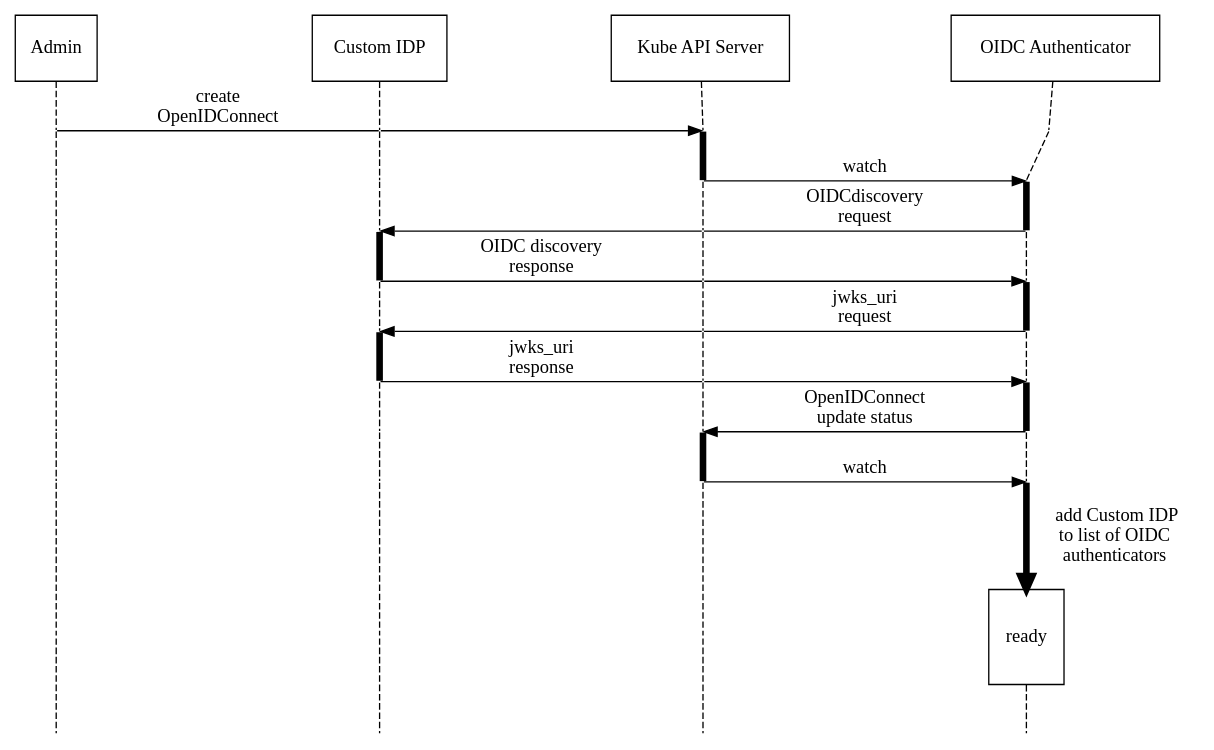
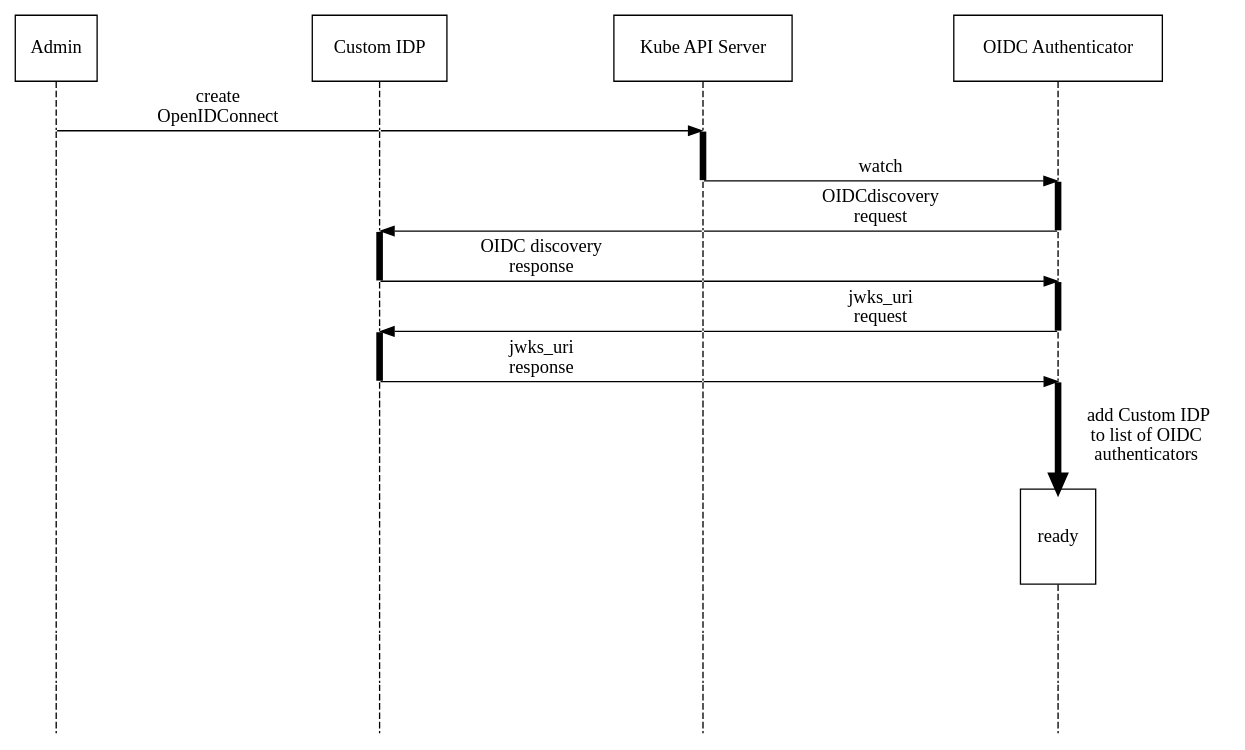
The diagram in docs/proposals/assets/registration.dot (gardener/gardener), drawn with Graphviz before and after one commit. The commit also changed 2 other files, not shown here.

Commit message:
Update OIDC GEP to better reflect current state

```diff
--- a/docs/proposals/assets/registration.dot
+++ b/docs/proposals/assets/registration.dot
@@ -1,79 +1,77 @@
 digraph oidc_registration {
     graph [overlap=true, splines=line, nodesep=1.7, ordering=out];
     edge [arrowhead=none];
     node [shape=none, width=0, height=0, label=""];
 
     {
         rank=same;
         node[shape=rectangle, height=0.7];
         admin[label="Admin"];
         idpr[label="Custom IDP"];
         k8sr[label="Kube API Server"];
         authr[label="OIDC Authenticator"];
     }
 
     // Draw vertical lines
     {
         edge [style=dashed,weight=6];
         admin -> ar1;
         ar1 -> ar2;
         ar2 -> ar3;
         ar3 -> ar4;
         ar4 -> ar5;
         ar5 -> ar6;
         ar6 -> ar7;
         ar7 -> ar8;
         ar8 -> ar9;
         ar9 -> ar10;
     }
     {
         edge [style=dashed, weight=6];
         idpr -> br1;
         br1 -> br2;
         br2 -> br3;
         br3 -> br4 [penwidth=5,style=solid];
         br4 -> br5;
         br5 -> br6 [penwidth=5,style=solid];
         br6 -> br7;
         br7 -> br8;
         br8 -> br9;
         br9 -> br10;
     }
     {
         edge [style=dashed, weight=6];
         k8sr -> cr1;
         cr1 -> cr2 [penwidth=5,style=solid];
         cr2 -> cr3;
         cr3 -> cr4;
         cr4 -> cr5;
         cr5 -> cr6;
         cr6 -> cr7;
-        cr7 -> cr8 [penwidth=5,style=solid];
+        cr7 -> cr8;
         cr8 -> cr9;
         cr9 -> cr10;
     }
     {
-        dr9[label="ready",shape=rectangle,height=1]
+        dr7[label="ready",shape=rectangle,height=1]
         edge [style=dashed, weight=6];
         authr -> dr1;
         dr1 -> dr2;
         dr2 -> dr3[penwidth=5,style=solid];
         dr3 -> dr4;
         dr4 -> dr5[penwidth=5,style=solid];
         dr5 -> dr6;
-        dr6 -> dr7 [penwidth=5,style=solid];
+        dr6 -> dr7 [label="   add Custom IDP\n  to list of OIDC\n  authenticators",penwidth=5,style=solid,arrowhead=normal];
         dr7 -> dr8;
-        dr8 -> dr9 [label="   add Custom IDP\n  to list of OIDC\n  authenticators",penwidth=5,style=solid,arrowhead=normal];
+        dr8 -> dr9;
         dr9 -> dr10;
     }
     // Draws activations
      { rank=same; ar1 -> br1 [label="create\nOpenIDConnect"]; br1 -> cr1 [arrowhead=normal] }
      { rank=same; cr2 -> dr2 [label="watch",arrowhead=normal] }
      { rank=same; br3 -> cr3 [arrowhead=normal,dir=back] cr3 -> dr3 [label="OIDCdiscovery\n request"];  }
      { rank=same; br5 -> cr5 [arrowhead=normal,dir=back] cr5 -> dr5 [label="jwks_uri\n request"];  }
      { rank=same; br4 -> cr4 [label="OIDC discovery\n response"]; cr4 -> dr4 [arrowhead=normal] }
      { rank=same; br6 -> cr6 [label="jwks_uri\n response"]; cr6 -> dr6 [arrowhead=normal] }
-     { rank=same; cr7 -> dr7 [label="OpenIDConnect\n update status",arrowhead=normal,dir=back] }
-     { rank=same; cr8 -> dr8 [label="watch",arrowhead=normal] }
 
 }
```
